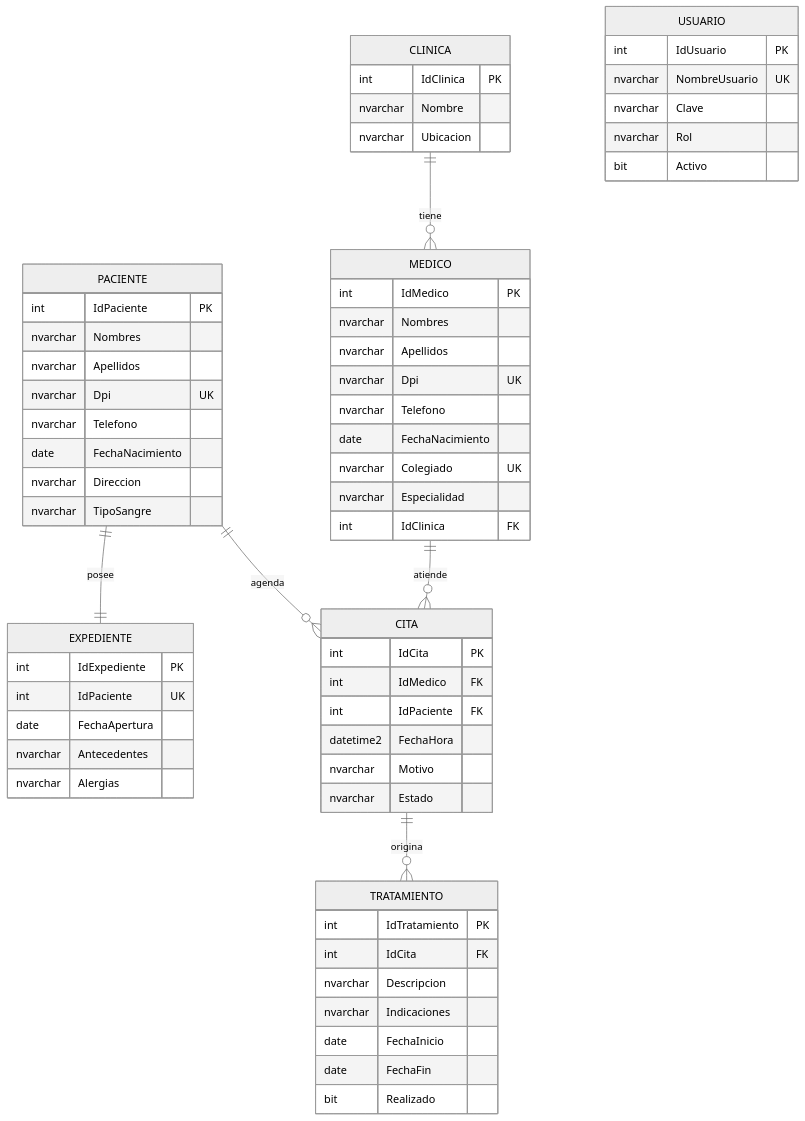
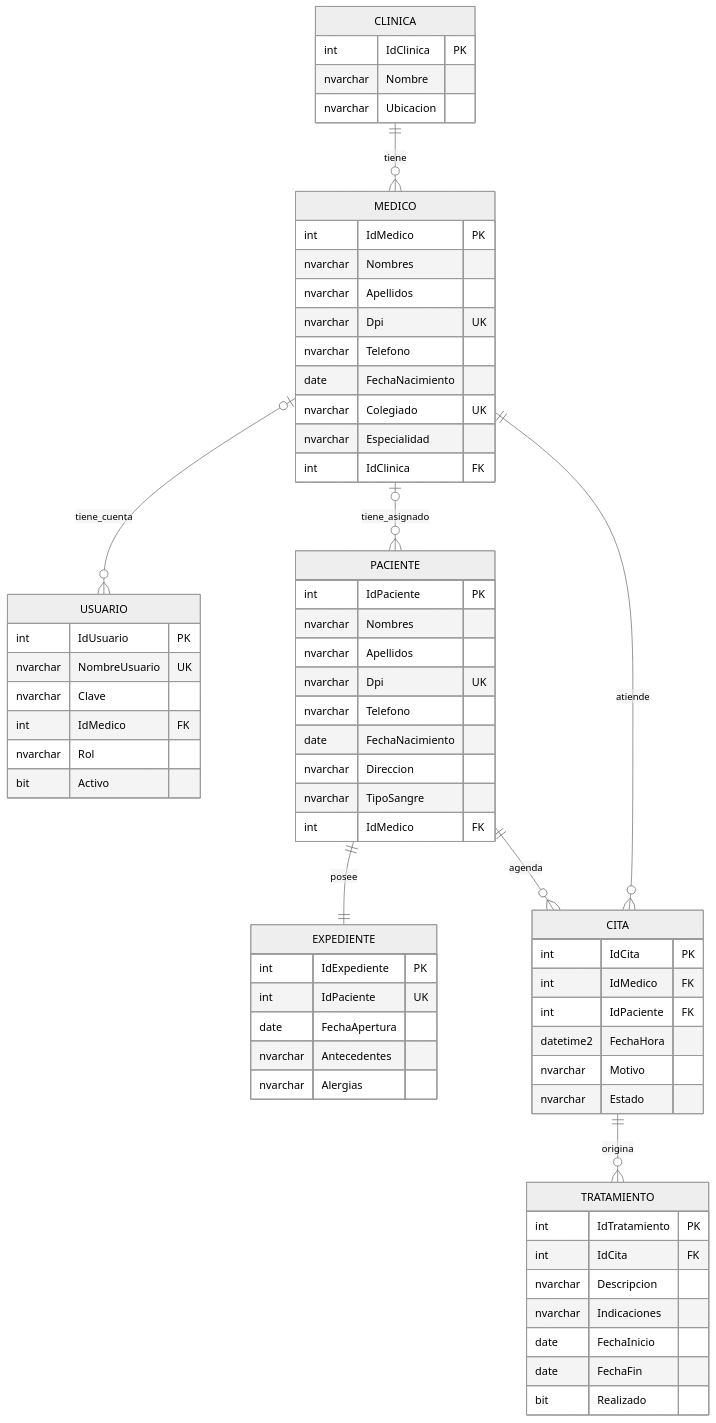
One commit to AlejandrouUmgGt/GestionClinicaSolution changed the second of 2 diagrams in Documentacion/InformeRequerimientosYDiagramas.md. Above: the diagram before and after it, drawn with Mermaid (neutral theme). The commit also changed other lines of this file, not shown here.

Commit message:
Actualizar documentación de exposición: Documentacion/InformeRequerimientosYDiagramas.md

````diff
--- a/Documentacion/InformeRequerimientosYDiagramas.md
+++ b/Documentacion/InformeRequerimientosYDiagramas.md
@@ -175,66 +179,70 @@
 ```mermaid
 erDiagram
     CLINICA {
         int IdClinica PK
         nvarchar Nombre
         nvarchar Ubicacion
     }
     USUARIO {
         int IdUsuario PK
         nvarchar NombreUsuario UK
         nvarchar Clave
+        int IdMedico FK
         nvarchar Rol
         bit Activo
     }
     MEDICO {
         int IdMedico PK
         nvarchar Nombres
         nvarchar Apellidos
         nvarchar Dpi UK
         nvarchar Telefono
         date FechaNacimiento
         nvarchar Colegiado UK
         nvarchar Especialidad
         int IdClinica FK
     }
     PACIENTE {
         int IdPaciente PK
         nvarchar Nombres
         nvarchar Apellidos
         nvarchar Dpi UK
         nvarchar Telefono
         date FechaNacimiento
         nvarchar Direccion
         nvarchar TipoSangre
+        int IdMedico FK
     }
     EXPEDIENTE {
         int IdExpediente PK
         int IdPaciente UK
         date FechaApertura
         nvarchar Antecedentes
         nvarchar Alergias
     }
     CITA {
         int IdCita PK
         int IdMedico FK
         int IdPaciente FK
         datetime2 FechaHora
         nvarchar Motivo
         nvarchar Estado
     }
     TRATAMIENTO {
         int IdTratamiento PK
         int IdCita FK
         nvarchar Descripcion
         nvarchar Indicaciones
         date FechaInicio
         date FechaFin
         bit Realizado
     }
 
     CLINICA ||--o{ MEDICO : tiene
+    MEDICO o|--o{ USUARIO : tiene_cuenta
+    MEDICO o|--o{ PACIENTE : tiene_asignado
     PACIENTE ||--|| EXPEDIENTE : posee
     MEDICO ||--o{ CITA : atiende
     PACIENTE ||--o{ CITA : agenda
     CITA ||--o{ TRATAMIENTO : origina
 ```
````
